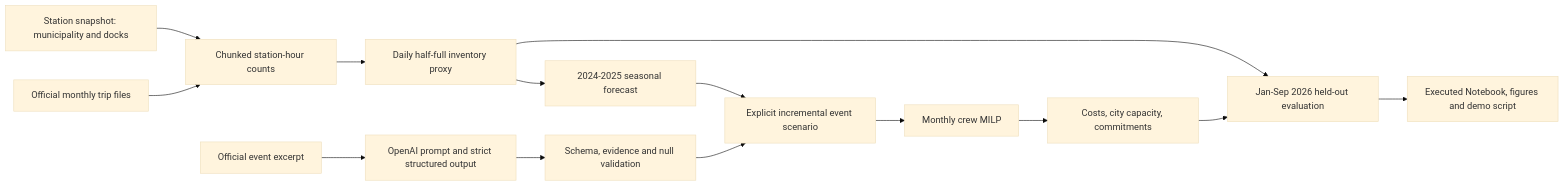
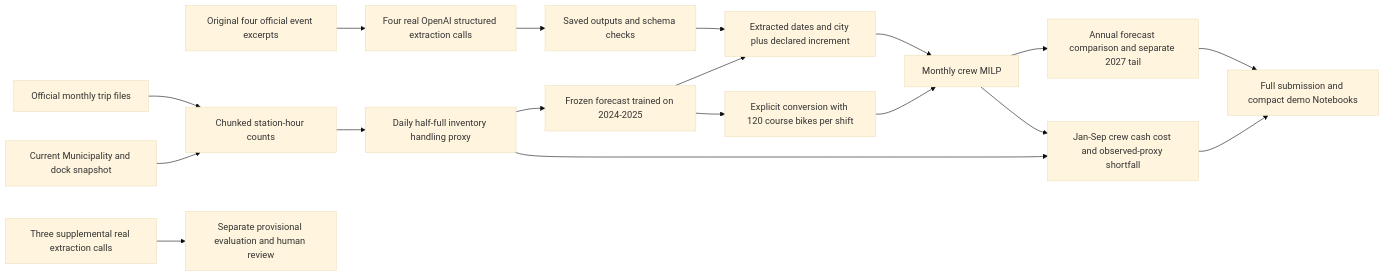
Before and after one commit to BitCoinJr/dads5250-bluebikes-planner: the diagram in docs/architecture.md, drawn with Mermaid (base theme). The commit also changed other lines of this file and 51 other files, not shown here.

Commit message:
Connect real event demo, unit assumptions and separate audience evaluation

````diff
--- a/docs/architecture.md
+++ b/docs/architecture.md
@@ -5,16 +5,20 @@
 ```mermaid
 flowchart LR
   A[Official monthly trip files] --> B[Chunked station-hour counts]
-  S[Station snapshot: municipality and docks] --> B
-  B --> C[Daily half-full inventory proxy]
-  C --> D[2024-2025 seasonal forecast]
-  E[Official event excerpt] --> F[OpenAI prompt and strict structured output]
-  F --> G[Schema, evidence and null validation]
-  G --> H[Explicit incremental event scenario]
+  S[Current Municipality and dock snapshot] --> B
+  B --> C[Daily half-full inventory handling proxy]
+  C --> D[Frozen forecast trained on 2024-2025]
+  E[Original four official event excerpts] --> F[Four real OpenAI structured extraction calls]
+  F --> G[Saved outputs and schema checks]
+  G --> H[Extracted dates and city plus declared increment]
   D --> H
   H --> I[Monthly crew MILP]
-  I --> J[Costs, city capacity, commitments]
-  C --> K[Jan-Sep 2026 held-out evaluation]
-  J --> K
-  K --> L[Executed Notebook, figures and demo script]
+  D --> U[Explicit conversion with 120 course bikes per shift]
+  U --> I
+  I --> J[Annual forecast comparison and separate 2027 tail]
+  I --> K[Jan-Sep crew cash cost and observed-proxy shortfall]
+  C --> K
+  J --> L[Full submission and compact demo Notebooks]
+  K --> L
+  P[Three supplemental real extraction calls] --> Q[Separate provisional evaluation and human review]
 ```
````
